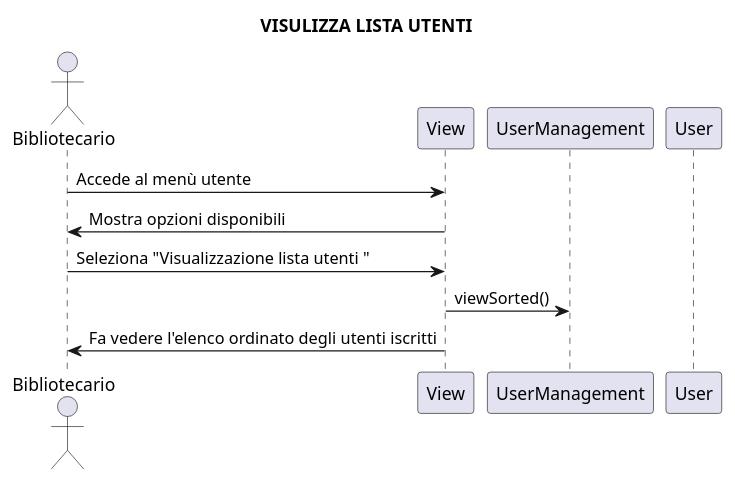
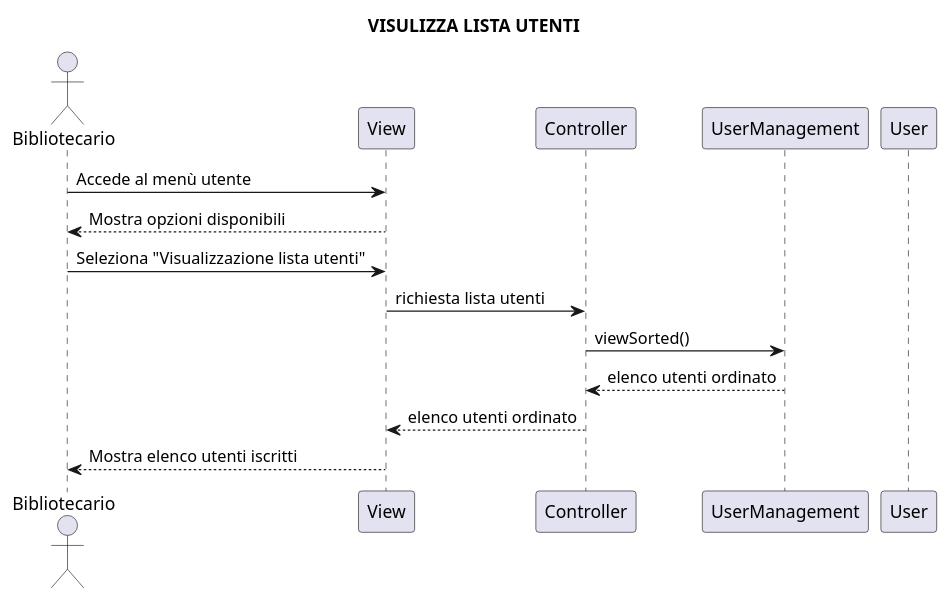
Before and after one commit to brunooliva7/Project-Ingegneria-del-Software14: the diagram in gruppo14BibliotecaUniversitaria/uml/VisualizzaListaUtente.puml, drawn with PlantUML. The commit also changed other lines of this file and 18 other files, not shown here.

```diff
--- a/gruppo14BibliotecaUniversitaria/uml/VisualizzaListaUtente.puml
+++ b/gruppo14BibliotecaUniversitaria/uml/VisualizzaListaUtente.puml
@@ -1,17 +1,19 @@
 @startuml
 title VISULIZZA LISTA UTENTI
 
 actor Bibliotecario
 participant View
+participant Controller
 participant UserManagement
 participant User
- 
+
 Bibliotecario -> View: Accede al menù utente
-View -> Bibliotecario: Mostra opzioni disponibili
- 
-Bibliotecario -> View: Seleziona "Visualizzazione lista utenti "
-View-> UserManagement:viewSorted()
- 
-View -> Bibliotecario: Fa vedere l'elenco ordinato degli utenti iscritti
+View --> Bibliotecario: Mostra opzioni disponibili
+Bibliotecario -> View: Seleziona "Visualizzazione lista utenti"
+View -> Controller: richiesta lista utenti
+Controller -> UserManagement: viewSorted()
+UserManagement --> Controller: elenco utenti ordinato
+Controller --> View: elenco utenti ordinato
+View --> Bibliotecario: Mostra elenco utenti iscritti
 
 @enduml
```
